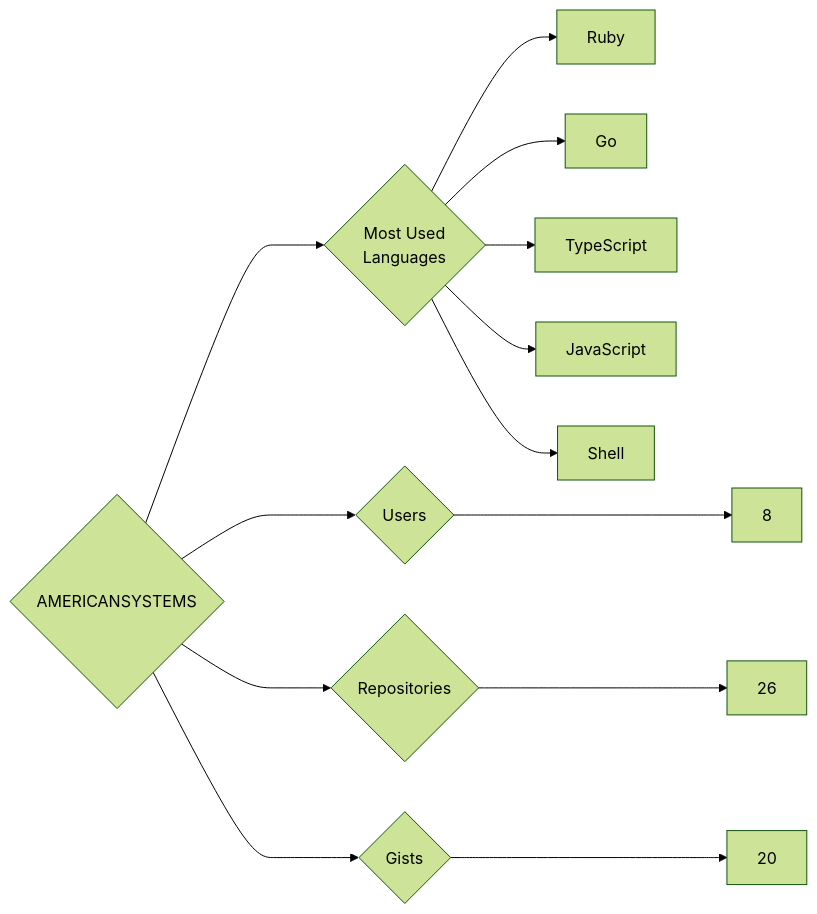
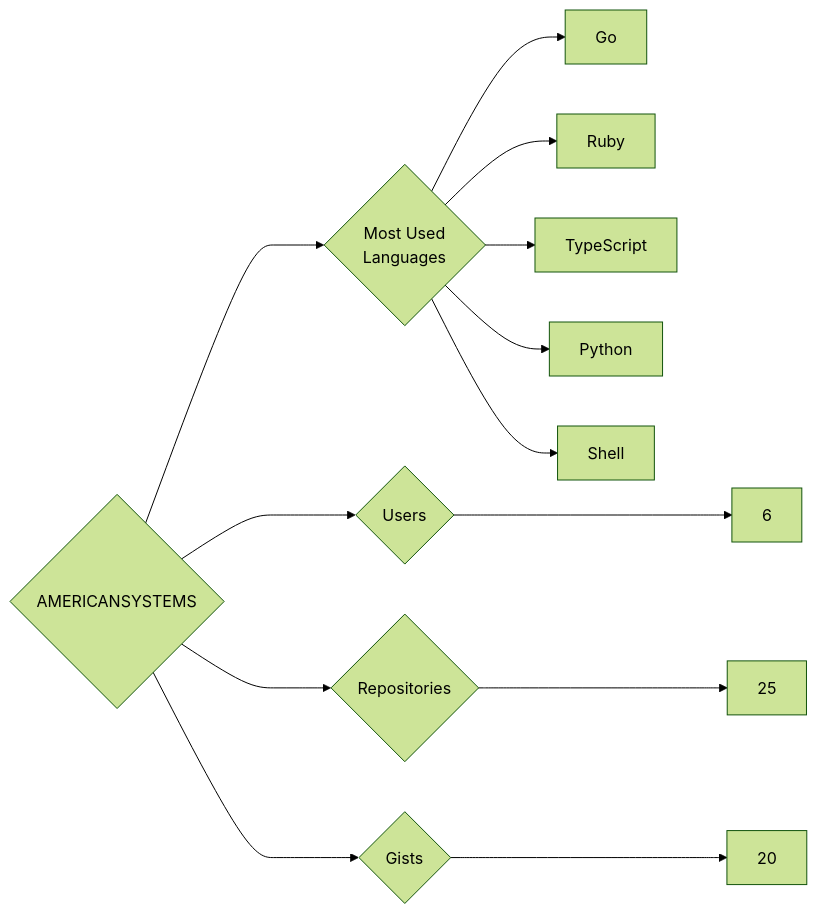
One commit to trickest/insiders changed the diagram in targets/AMERICANSYSTEMS/README.md. Above: the diagram before and after it, drawn with Mermaid (forest theme). The commit also changed 1036 other files, not shown here.

````diff
--- a/targets/AMERICANSYSTEMS/README.md
+++ b/targets/AMERICANSYSTEMS/README.md
@@ -3,13 +3,13 @@
 ```mermaid
 graph LR
 COMPANY_NAME{AMERICANSYSTEMS}
-COMPANY_NAME ---> U{Users} ---> UN[8]
-COMPANY_NAME ---> R{Repositories} ---> RN[26]
+COMPANY_NAME ---> U{Users} ---> UN[6]
+COMPANY_NAME ---> R{Repositories} ---> RN[25]
 COMPANY_NAME ---> G{Gists} ---> GN[20]
 COMPANY_NAME ---> ML{Most Used<br>Languages}
+ML --> Go[Go]
 ML --> Ruby[Ruby]
-ML --> Go[Go]
 ML --> TypeScript[TypeScript]
-ML --> JavaScript[JavaScript]
+ML --> Python[Python]
 ML --> Shell[Shell]
 ```
````
